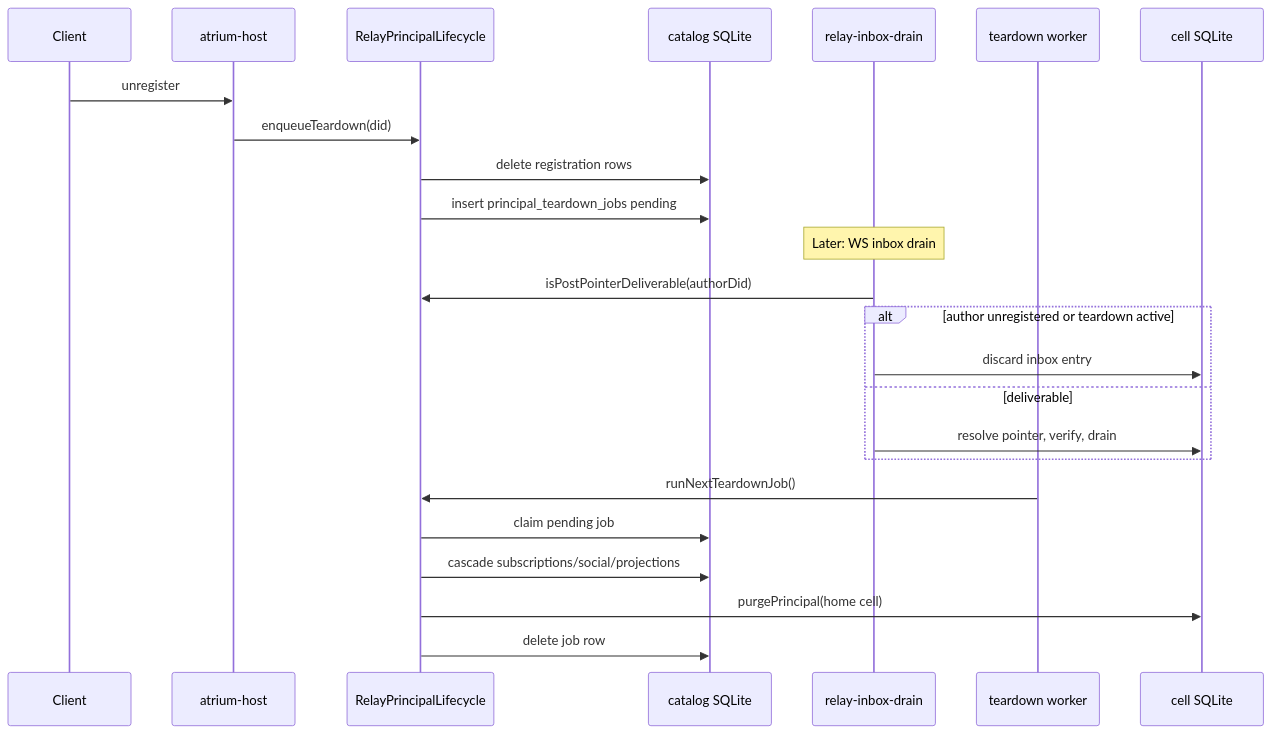
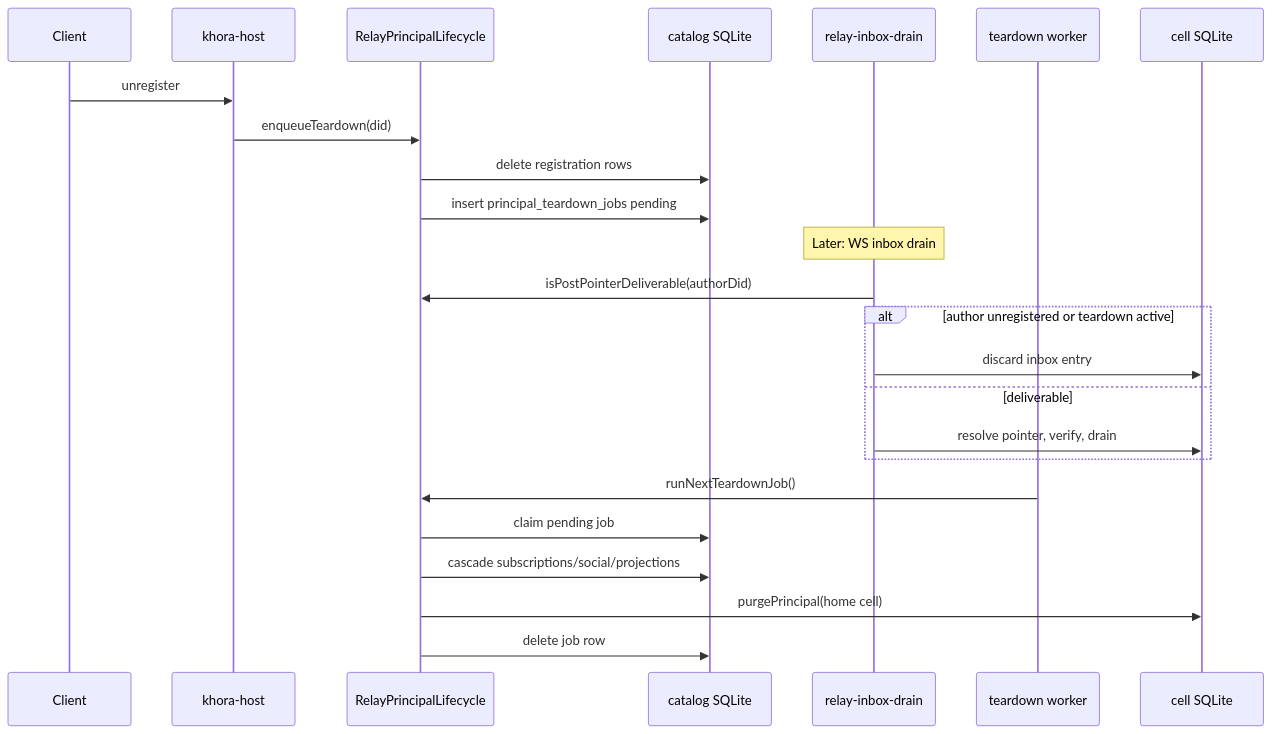
The diagram in docs/principal-lifecycle.md (khoralabs/khora), drawn with Mermaid before and after one commit. The commit also changed other lines of this file and 554 other files, not shown here.

Commit message:
rename atrium to khora

````diff
--- a/docs/principal-lifecycle.md
+++ b/docs/principal-lifecycle.md
@@ -18,29 +18,29 @@
 ```mermaid
 sequenceDiagram
   participant Client
-  participant Host as atrium-host
+  participant Host as khora-host
   participant Lifecycle as RelayPrincipalLifecycle
   participant Catalog as catalog SQLite
   participant Drain as relay-inbox-drain
   participant Worker as teardown worker
   participant Cell as cell SQLite
 
   Client->>Host: unregister
   Host->>Lifecycle: enqueueTeardown(did)
   Lifecycle->>Catalog: delete registration rows
   Lifecycle->>Catalog: insert principal_teardown_jobs pending
 
   Note over Drain: Later: WS inbox drain
   Drain->>Lifecycle: isPostPointerDeliverable(authorDid)
   alt author unregistered or teardown active
     Drain->>Cell: discard inbox entry
   else deliverable
     Drain->>Cell: resolve pointer, verify, drain
   end
 
   Worker->>Lifecycle: runNextTeardownJob()
   Lifecycle->>Catalog: claim pending job
   Lifecycle->>Catalog: cascade subscriptions/social/projections
   Lifecycle->>Cell: purgePrincipal(home cell)
   Lifecycle->>Catalog: delete job row
 ```
````
